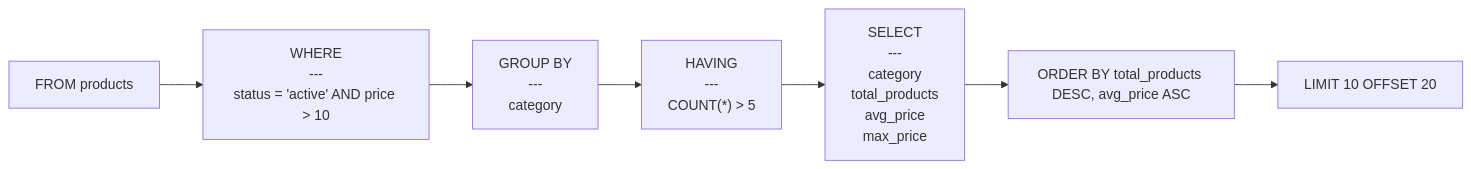
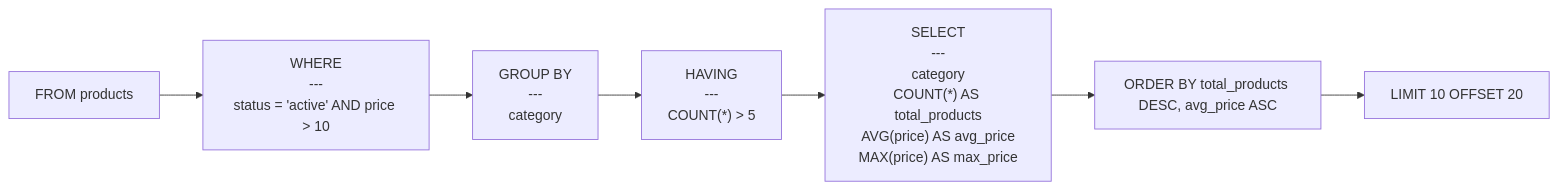
Before and after one commit to rot1024/sqloflow: the diagram in examples/complex_query.mmd, drawn with Mermaid. The commit also changed 13 other files, not shown here.

```diff
--- a/examples/complex_query.mmd
+++ b/examples/complex_query.mmd
@@ -1,14 +1,14 @@
 flowchart LR
     node_0[FROM products]
     node_1["WHERE<br/>---<br/>status = 'active' AND price &gt; 10"]
     node_2["GROUP BY<br/>---<br/>category"]
     node_3["HAVING<br/>---<br/>COUNT(*) &gt; 5"]
-    node_4["SELECT<br/>---<br/>category<br/>total_products<br/>avg_price<br/>max_price"]
+    node_4["SELECT<br/>---<br/>category<br/>COUNT(*) AS total_products<br/>AVG(price) AS avg_price<br/>MAX(price) AS max_price"]
     node_5["ORDER BY total_products DESC, avg_price ASC"]
     node_6["LIMIT 10 OFFSET 20"]
     node_0 --> node_1
     node_1 --> node_2
     node_2 --> node_3
     node_3 --> node_4
     node_4 --> node_5
     node_5 --> node_6
```
